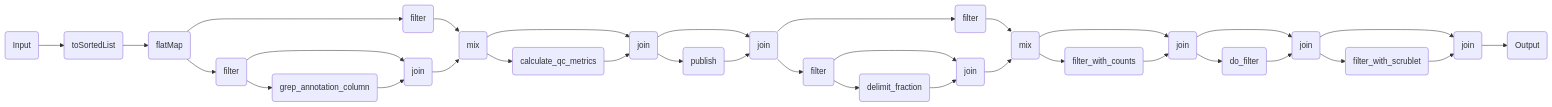
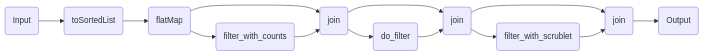
One commit to openpipelines-bio/website changed the diagram in components/workflows/multiomics/rna_singlesample.qmd. Above: the diagram before and after it, drawn with Mermaid. The commit also changed other lines of this file and 92 other files, not shown here.

````diff
--- a/components/workflows/multiomics/rna_singlesample.qmd
+++ b/components/workflows/multiomics/rna_singlesample.qmd
@@ -133,61 +131,27 @@
 ```{mermaid}
 %%| column: screen-inset-shaded
 flowchart LR
     v0(Input)
-    v2(toSortedList)
-    v4(flatMap)
-    v10(filter)
-    v16(grep_annotation_column)
-    v18(join)
-    v22(mix)
-    v21(filter)
-    v28(calculate_qc_metrics)
-    v30(join)
-    v38(publish)
-    v40(join)
-    v44(filter)
-    v51(delimit_fraction)
-    v53(join)
-    v57(mix)
-    v56(filter)
-    v63(filter_with_counts)
-    v65(join)
-    v73(do_filter)
-    v75(join)
-    v83(filter_with_scrublet)
-    v85(join)
-    v92(Output)
-    v21-->v22
-    v56-->v57
-    v0-->v2
-    v2-->v4
-    v4-->v10
-    v4-->v21
-    v10-->v18
-    v10-->v16
-    v16-->v18
-    v18-->v22
-    v22-->v30
-    v22-->v28
-    v28-->v30
-    v30-->v40
-    v30-->v38
-    v38-->v40
-    v40-->v44
-    v40-->v56
-    v44-->v53
-    v44-->v51
-    v51-->v53
-    v53-->v57
-    v57-->v65
-    v57-->v63
-    v63-->v65
-    v65-->v75
-    v65-->v73
-    v73-->v75
-    v75-->v85
-    v75-->v83
-    v83-->v85
-    v85-->v92
+    v3(toSortedList)
+    v5(flatMap)
+    v12(filter_with_counts)
+    v14(join)
+    v22(do_filter)
+    v24(join)
+    v32(filter_with_scrublet)
+    v34(join)
+    v42(Output)
+    v0-->v3
+    v3-->v5
+    v5-->v14
+    v5-->v12
+    v12-->v14
+    v14-->v24
+    v14-->v22
+    v22-->v24
+    v24-->v34
+    v24-->v32
+    v32-->v34
+    v34-->v42
 
 ```
````
